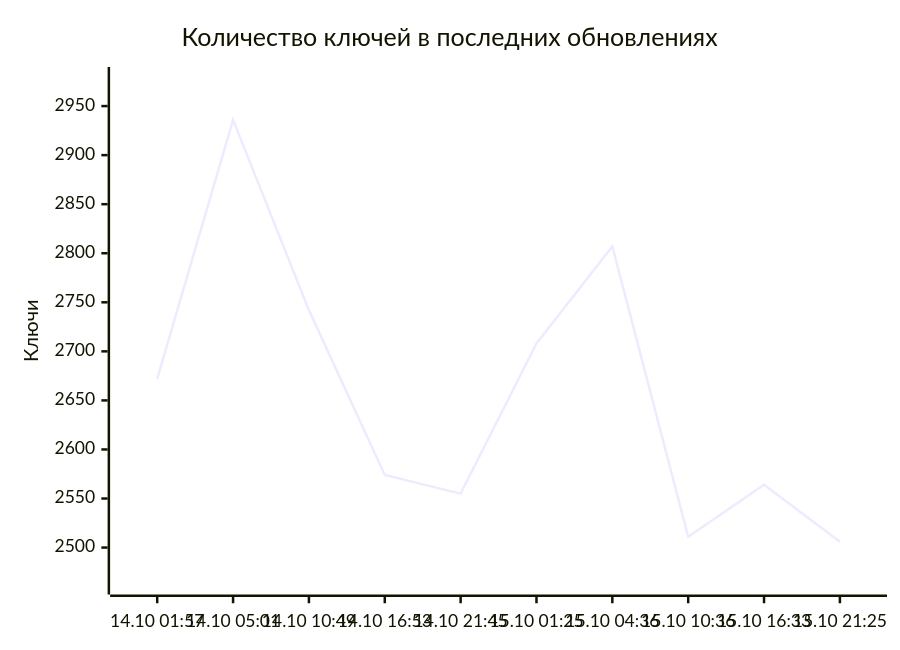
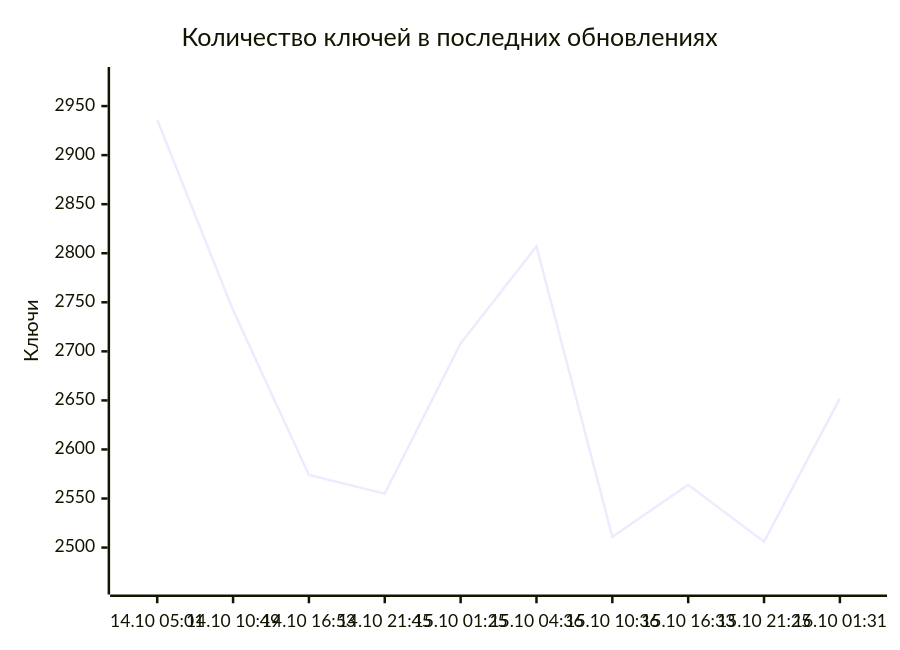
Before and after one commit to markKikhtenko/WireVeil: the diagram in README.md, drawn with Mermaid. The commit also changed other lines of this file and 12 other files, not shown here.

````diff
--- a/README.md
+++ b/README.md
@@ -55,7 +55,7 @@
 ```mermaid
 xychart-beta
     title "Количество ключей в последних обновлениях"
-    x-axis ["14.10 01:57", "14.10 05:01", "14.10 10:49", "14.10 16:53", "14.10 21:45", "15.10 01:25", "15.10 04:36", "15.10 10:36", "15.10 16:33", "15.10 21:25"]
+    x-axis ["14.10 05:01", "14.10 10:49", "14.10 16:53", "14.10 21:45", "15.10 01:25", "15.10 04:36", "15.10 10:36", "15.10 16:33", "15.10 21:25", "16.10 01:31"]
     y-axis "Ключи" 2463 --> 2979
-    line [2672, 2936, 2742, 2574, 2555, 2708, 2807, 2511, 2564, 2506]
+    line [2936, 2742, 2574, 2555, 2708, 2807, 2511, 2564, 2506, 2652]
 ```
````
